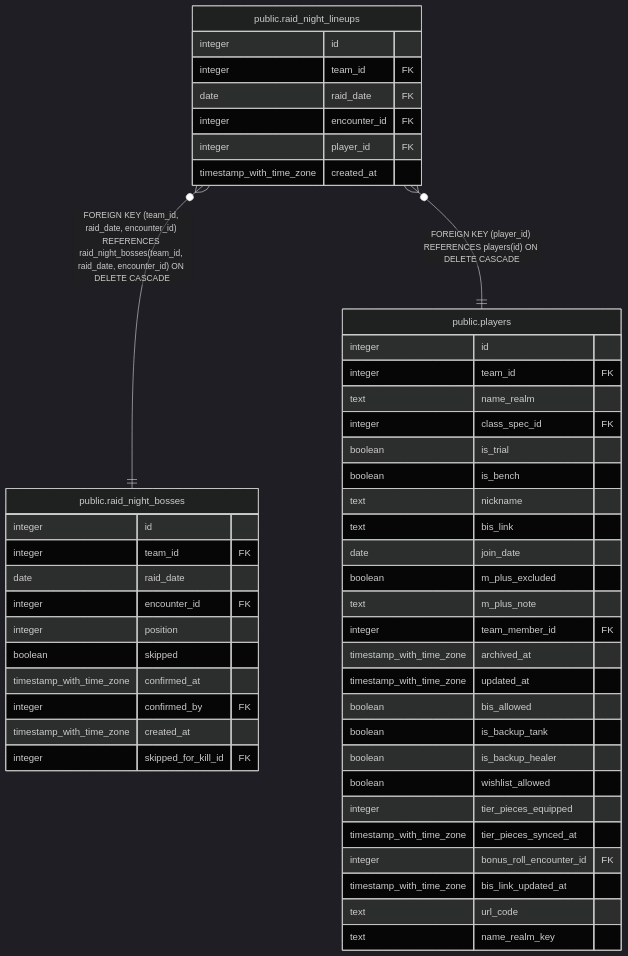
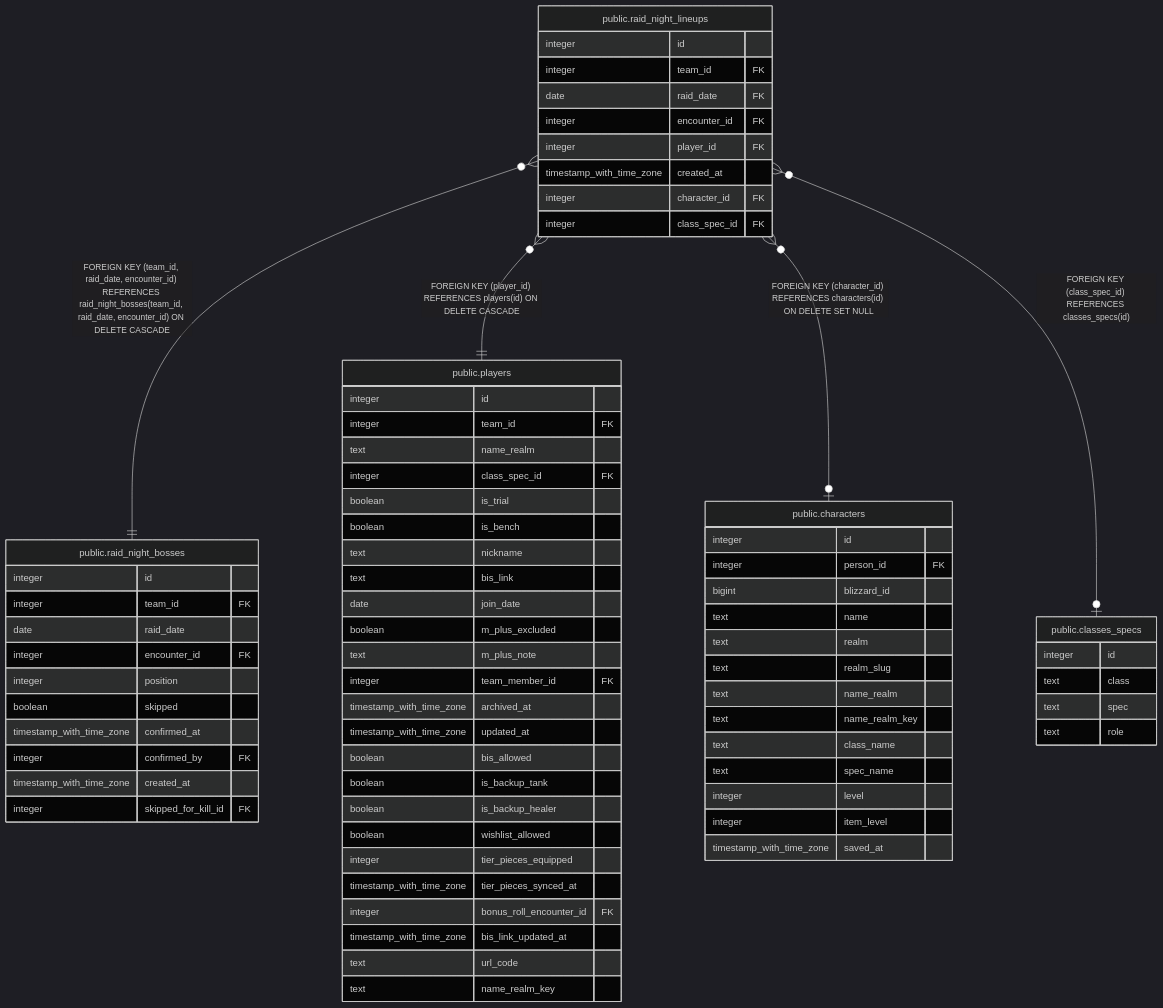
The diagram in dbdoc/public.raid_night_lineups.md (katogaming88/WGA-Raid-Hub), drawn with Mermaid (dark theme) before and after one commit. The commit also changed other lines of this file and 44 other files, not shown here.

First line of the commit message:
#1580: officers pick which character and spec a raider plays on each boss

````diff
--- a/dbdoc/public.raid_night_lineups.md
+++ b/dbdoc/public.raid_night_lineups.md
@@ -43,53 +48,78 @@
 ```mermaid
 erDiagram
 
 "public.raid_night_lineups" }o--|| "public.raid_night_bosses" : "FOREIGN KEY (team_id, raid_date, encounter_id) REFERENCES raid_night_bosses(team_id, raid_date, encounter_id) ON DELETE CASCADE"
 "public.raid_night_lineups" }o--|| "public.players" : "FOREIGN KEY (player_id) REFERENCES players(id) ON DELETE CASCADE"
+"public.raid_night_lineups" }o--o| "public.characters" : "FOREIGN KEY (character_id) REFERENCES characters(id) ON DELETE SET NULL"
+"public.raid_night_lineups" }o--o| "public.classes_specs" : "FOREIGN KEY (class_spec_id) REFERENCES classes_specs(id)"
 
 "public.raid_night_lineups" {
   integer id
   integer team_id FK
   date raid_date FK
   integer encounter_id FK
   integer player_id FK
   timestamp_with_time_zone created_at
+  integer character_id FK
+  integer class_spec_id FK
 }
 "public.raid_night_bosses" {
   integer id
   integer team_id FK
   date raid_date
   integer encounter_id FK
   integer position
   boolean skipped
   timestamp_with_time_zone confirmed_at
   integer confirmed_by FK
   timestamp_with_time_zone created_at
   integer skipped_for_kill_id FK
 }
 "public.players" {
   integer id
   integer team_id FK
   text name_realm
   integer class_spec_id FK
   boolean is_trial
   boolean is_bench
   text nickname
   text bis_link
   date join_date
   boolean m_plus_excluded
   text m_plus_note
   integer team_member_id FK
   timestamp_with_time_zone archived_at
   timestamp_with_time_zone updated_at
   boolean bis_allowed
   boolean is_backup_tank
   boolean is_backup_healer
   boolean wishlist_allowed
   integer tier_pieces_equipped
   timestamp_with_time_zone tier_pieces_synced_at
   integer bonus_roll_encounter_id FK
   timestamp_with_time_zone bis_link_updated_at
   text url_code
   text name_realm_key
 }
+"public.characters" {
+  integer id
+  integer person_id FK
+  bigint blizzard_id
+  text name
+  text realm
+  text realm_slug
+  text name_realm
+  text name_realm_key
+  text class_name
+  text spec_name
+  integer level
+  integer item_level
+  timestamp_with_time_zone saved_at
+}
+"public.classes_specs" {
+  integer id
+  text class
+  text spec
+  text role
+}
 ```
````
